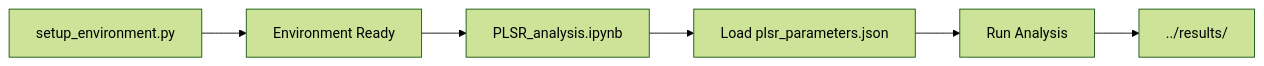
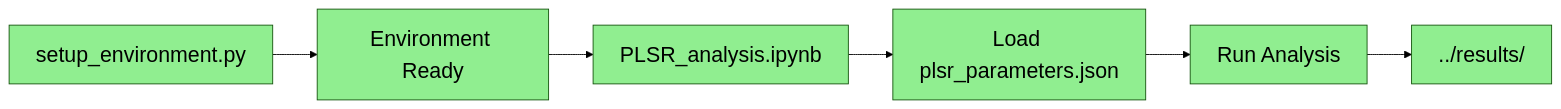
The diagram in plsr_feature_selection/code and config/README.md (Shaswat-qm-researcher/Physics-Informed-Symbolic-Regression-for-Phonon-Related-Property-Prediction-and-Materials-Discovery), drawn with Mermaid (forest theme) before and after one commit.

````diff
--- a/plsr_feature_selection/code and config/README.md
+++ b/plsr_feature_selection/code and config/README.md
@@ -142,8 +142,14 @@
 ```mermaid
 graph LR
     A[setup_environment.py] --> B[Environment Ready]
     B --> C[PLSR_analysis.ipynb]
     C --> D[Load plsr_parameters.json]
     D --> E[Run Analysis]
     E --> F[../results/]
+style A fill:#90EE90, font-size:24px, font-family:Arial
+style B fill:#90EE90, font-size:24px, font-family:Arial
+style C fill:#90EE90, font-size:24px, font-family:Arial
+style D fill:#90EE90, font-size:24px, font-family:Arial
+style E fill:#90EE90, font-size:24px, font-family:Arial
+style F fill:#90EE90, font-size:24px, font-family:Arial
 ```
````
